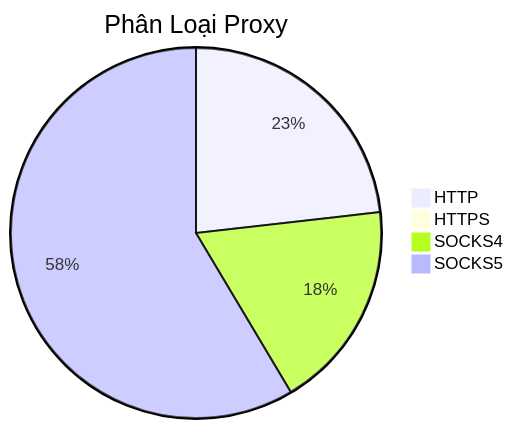
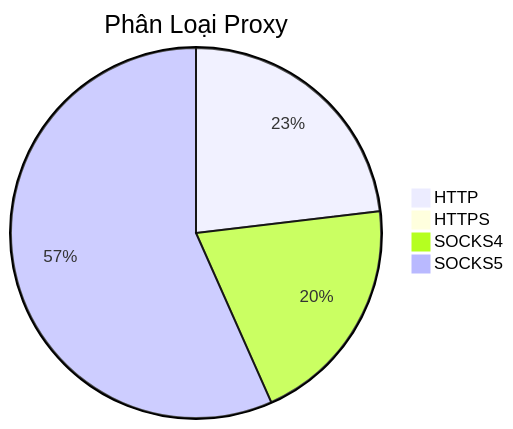
Before and after one commit to Ciara-Aa/PROXY-free: the diagram in README.md, drawn with Mermaid. The commit also changed other lines of this file and 3 other files, not shown here.

````diff
--- a/README.md
+++ b/README.md
@@ -26,7 +26,7 @@
 ```mermaid
 pie title Phân Loại Proxy
-    "HTTP" : 206
+    "HTTP" : 184
     "HTTPS" : 2
-    "SOCKS4" : 162
-    "SOCKS5" : 520
+    "SOCKS4" : 161
+    "SOCKS5" : 451
 ```
````
